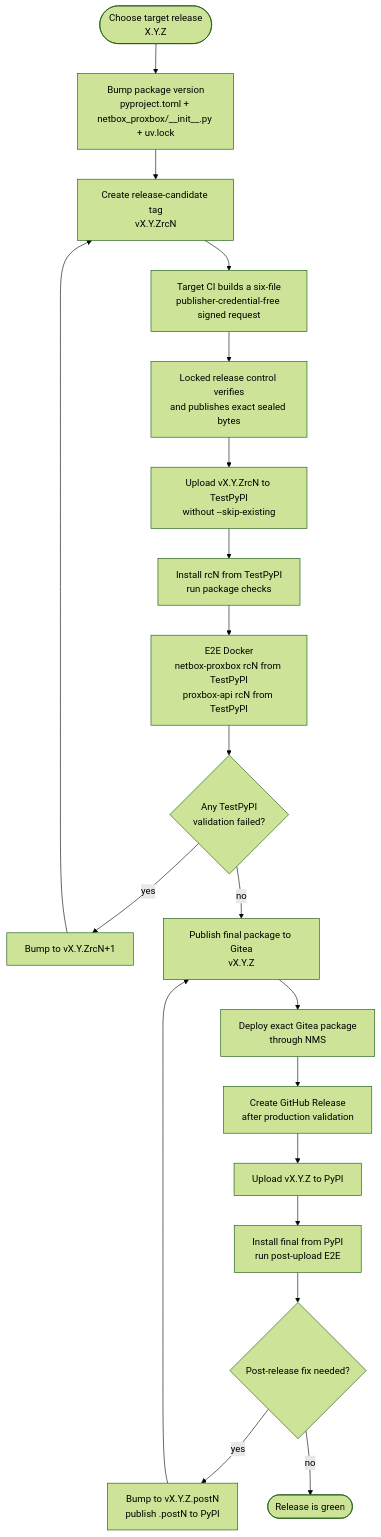
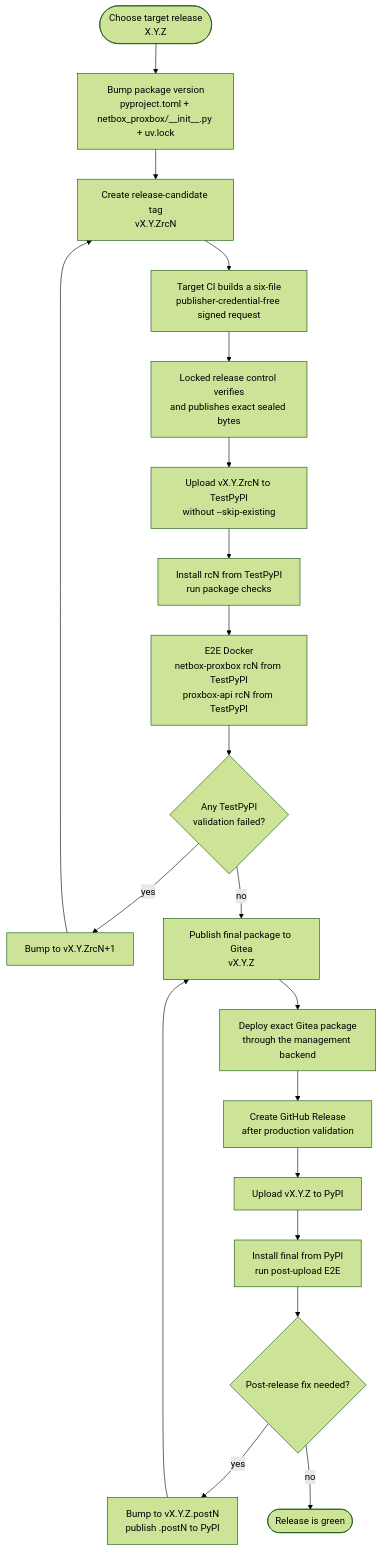
The first of 2 diagrams in docs/developer/release-publishing.md (emersonfelipesp/netbox-proxbox), drawn with Mermaid (forest theme) before and after one commit. The commit also changed other lines of this file and 50 other files, not shown here.

````diff
--- a/docs/developer/release-publishing.md
+++ b/docs/developer/release-publishing.md
@@ -13,27 +13,27 @@
 ```mermaid
 flowchart TD
     Start([Choose target release\nX.Y.Z])
     Bump[Bump package version\npyproject.toml + netbox_proxbox/__init__.py + uv.lock]
     RCTag[Create release-candidate tag\nvX.Y.ZrcN]
     RCCI[Target CI builds a six-file\npublisher-credential-free signed request]
     Control[Locked release control verifies\nand publishes exact sealed bytes]
     RCUpload[Upload vX.Y.ZrcN to TestPyPI\nwithout --skip-existing]
     RCValidate[Install rcN from TestPyPI\nrun package checks]
     RCE2E[E2E Docker\nnetbox-proxbox rcN from TestPyPI\nproxbox-api rcN from TestPyPI]
     RCFailed{Any TestPyPI\nvalidation failed?}
     NextRC[Bump to vX.Y.ZrcN+1]
     FinalPrivate[Publish final package to Gitea\nvX.Y.Z]
-    Deploy[Deploy exact Gitea package\nthrough NMS]
+    Deploy[Deploy exact Gitea package\nthrough the management backend]
     PublicRelease[Create GitHub Release\nafter production validation]
     FinalUpload[Upload vX.Y.Z to PyPI]
     FinalValidate[Install final from PyPI\nrun post-upload E2E]
     FinalFailed{Post-release fix needed?}
     Post[Bump to vX.Y.Z.postN\npublish .postN to PyPI]
     Done([Release is green])
 
     Start --> Bump --> RCTag --> RCCI --> Control --> RCUpload --> RCValidate --> RCE2E --> RCFailed
     RCFailed -- yes --> NextRC --> RCTag
     RCFailed -- no --> FinalPrivate --> Deploy --> PublicRelease --> FinalUpload --> FinalValidate --> FinalFailed
     FinalFailed -- yes --> Post --> FinalPrivate
     FinalFailed -- no --> Done
 ```
````
